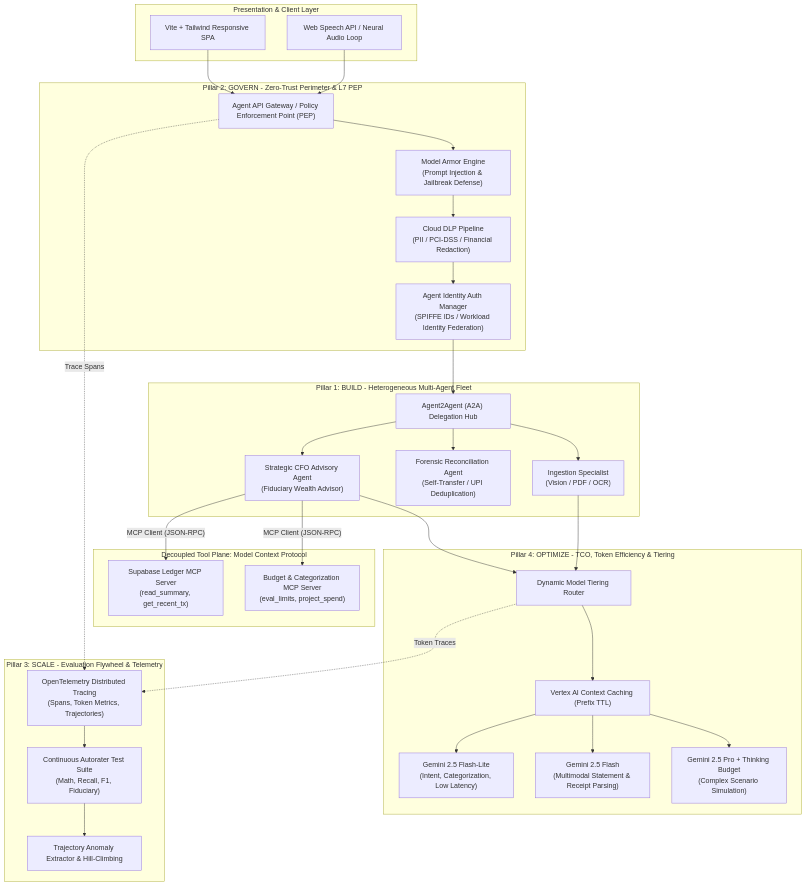
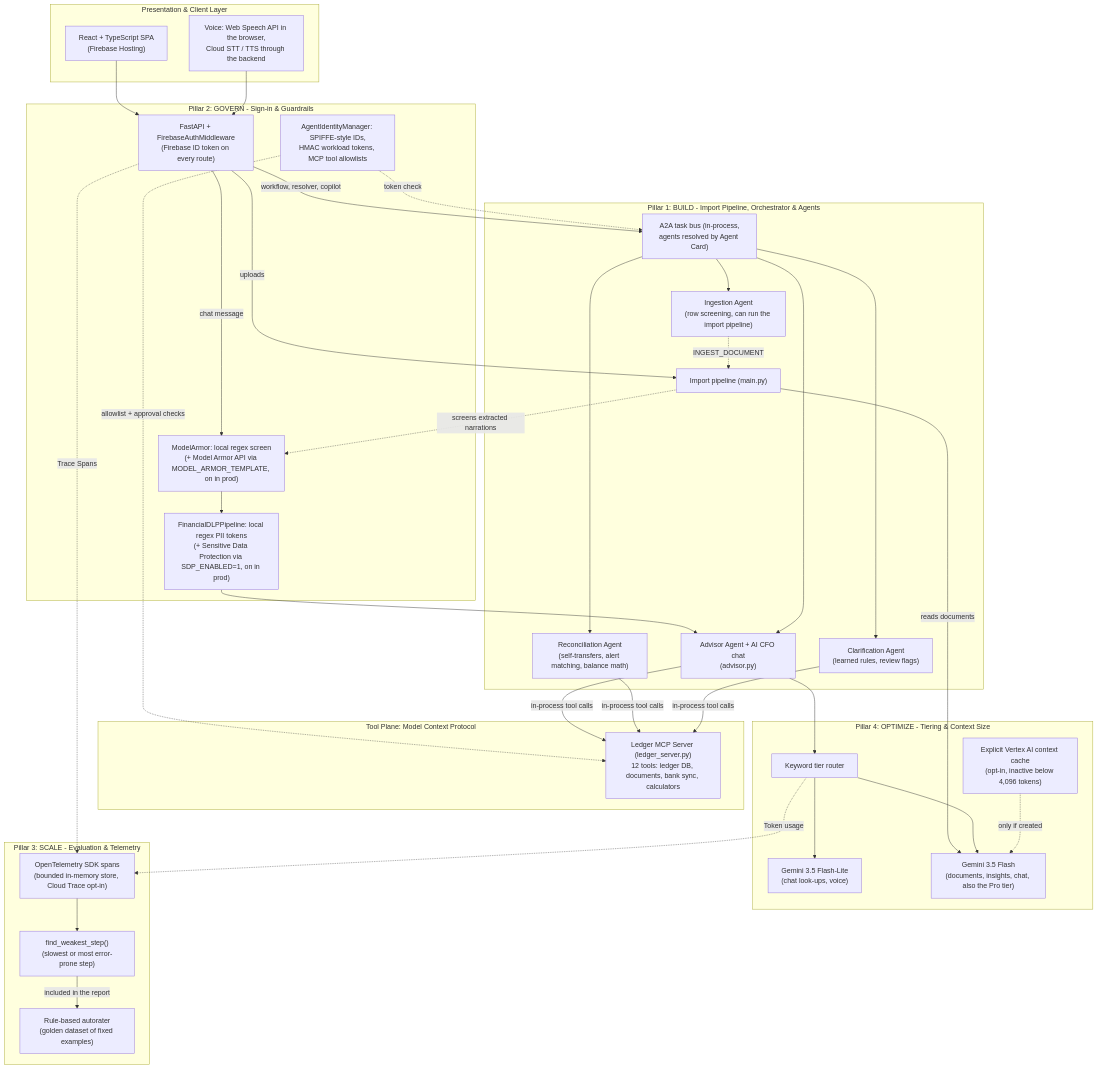
Before and after one commit to Rohit792A/personal-finance-agent: the diagram in docs/FDE_ENTERPRISE_ARCHITECTURE.md, drawn with Mermaid. The commit also changed other lines of this file and 15 other files, not shown here.

Commit message:
docs: align public architecture docs, README and docstrings with verified code and DEC-065

````diff
--- a/docs/FDE_ENTERPRISE_ARCHITECTURE.md
+++ b/docs/FDE_ENTERPRISE_ARCHITECTURE.md
@@ -38,66 +47,72 @@
 ```mermaid
 flowchart TB
     subgraph Client_Layer [Presentation & Client Layer]
-        SPA["Vite + Tailwind Responsive SPA"]
-        Audio["Web Speech API / Neural Audio Loop"]
+        SPA["React + TypeScript SPA<br/>(Firebase Hosting)"]
+        Audio["Voice: Web Speech API in the browser,<br/>Cloud STT / TTS through the backend"]
     end
 
-    subgraph Govern_Pillar [Pillar 2: GOVERN - Zero-Trust Perimeter & L7 PEP]
-        Gateway["Agent API Gateway / Policy Enforcement Point (PEP)"]
-        ModelArmor["Model Armor Engine<br/>(Prompt Injection & Jailbreak Defense)"]
-        DLP["Cloud DLP Pipeline<br/>(PII / PCI-DSS / Financial Redaction)"]
-        AuthMgr["Agent Identity Auth Manager<br/>(SPIFFE IDs / Workload Identity Federation)"]
+    subgraph Govern_Pillar [Pillar 2: GOVERN - Sign-in & Guardrails]
+        Gateway["FastAPI + FirebaseAuthMiddleware<br/>(Firebase ID token on every route)"]
+        ModelArmor["ModelArmor: local regex screen<br/>(+ Model Armor API via MODEL_ARMOR_TEMPLATE, on in prod)"]
+        DLP["FinancialDLPPipeline: local regex PII tokens<br/>(+ Sensitive Data Protection via SDP_ENABLED=1, on in prod)"]
+        AuthMgr["AgentIdentityManager: SPIFFE-style IDs,<br/>HMAC workload tokens, MCP tool allowlists"]
     end
 
-    subgraph Build_Pillar [Pillar 1: BUILD - Heterogeneous Multi-Agent Fleet]
-        A2A["Agent2Agent (A2A) Delegation Hub"]
-        IngestAgent["Ingestion Specialist<br/>(Vision / PDF / OCR)"]
-        ReconcileAgent["Forensic Reconciliation Agent<br/>(Self-Transfer / UPI Deduplication)"]
-        CFOAdvisor["Strategic CFO Advisory Agent<br/>(Fiduciary Wealth Advisor)"]
+    subgraph Build_Pillar [Pillar 1: BUILD - Import Pipeline, Orchestrator & Agents]
+        Import["Import pipeline (main.py)"]
+        A2A["A2A task bus (in-process,<br/>agents resolved by Agent Card)"]
+        IngestAgent["Ingestion Agent<br/>(row screening, can run the import pipeline)"]
+        ReconcileAgent["Reconciliation Agent<br/>(self-transfers, alert matching, balance math)"]
+        ClarifyAgent["Clarification Agent<br/>(learned rules, review flags)"]
+        CFOAdvisor["Advisor Agent + AI CFO chat<br/>(advisor.py)"]
     end
 
-    subgraph MCP_Plane [Decoupled Tool Plane: Model Context Protocol]
-        MCPLedger["Supabase Ledger MCP Server<br/>(read_summary, get_recent_tx)"]
-        MCPBudget["Budget & Categorization MCP Server<br/>(eval_limits, project_spend)"]
+    subgraph MCP_Plane [Tool Plane: Model Context Protocol]
+        MCPLedger["Ledger MCP Server (ledger_server.py)<br/>12 tools: ledger DB, documents, bank sync, calculators"]
     end
 
-    subgraph Optimize_Pillar [Pillar 4: OPTIMIZE - TCO, Token Efficiency & Tiering]
-        Router["Dynamic Model Tiering Router"]
-        PrefixCache["Vertex AI Context Caching (Prefix TTL)"]
-        FlashLite["Gemini 2.5 Flash-Lite<br/>(Intent, Categorization, Low Latency)"]
-        Flash["Gemini 2.5 Flash<br/>(Multimodal Statement & Receipt Parsing)"]
-        Pro["Gemini 2.5 Pro + Thinking Budget<br/>(Complex Scenario Simulation)"]
+    subgraph Optimize_Pillar [Pillar 4: OPTIMIZE - Tiering & Context Size]
+        Router["Keyword tier router"]
+        PrefixCache["Explicit Vertex AI context cache<br/>(opt-in, inactive below 4,096 tokens)"]
+        FlashLite["Gemini 3.5 Flash-Lite<br/>(chat look-ups, voice)"]
+        Flash["Gemini 3.5 Flash<br/>(documents, insights, chat, also the Pro tier)"]
     end
 
-    subgraph Scale_Pillar [Pillar 3: SCALE - Evaluation Flywheel & Telemetry]
-        OTel["OpenTelemetry Distributed Tracing<br/>(Spans, Token Metrics, Trajectories)"]
-        AutoRaters["Continuous Autorater Test Suite<br/>(Math, Recall, F1, Fiduciary)"]
-        HillClimbing["Trajectory Anomaly Extractor & Hill-Climbing"]
+    subgraph Scale_Pillar [Pillar 3: SCALE - Evaluation & Telemetry]
+        OTel["OpenTelemetry SDK spans<br/>(bounded in-memory store, Cloud Trace opt-in)"]
+        AutoRaters["Rule-based autorater<br/>(golden dataset of fixed examples)"]
+        HillClimbing["find_weakest_step()<br/>(slowest or most error-prone step)"]
     end
 
     SPA --> Gateway
     Audio --> Gateway
-    Gateway --> ModelArmor
+    Gateway -- "chat message" --> ModelArmor
     ModelArmor --> DLP
-    DLP --> AuthMgr
-    AuthMgr --> A2A
+    DLP --> CFOAdvisor
+    Gateway -- "uploads" --> Import
+    Import -- "reads documents" --> Flash
+    Import -. "screens extracted narrations" .-> ModelArmor
+    Gateway -- "workflow, resolver, copilot" --> A2A
+    AuthMgr -. "token check" .-> A2A
+    AuthMgr -. "allowlist + approval checks" .-> MCPLedger
 
     A2A --> IngestAgent
     A2A --> ReconcileAgent
+    A2A --> ClarifyAgent
     A2A --> CFOAdvisor
+    IngestAgent -. "INGEST_DOCUMENT" .-> Import
 
-    CFOAdvisor -- "MCP Client (JSON-RPC)" --> MCPLedger
-    CFOAdvisor -- "MCP Client (JSON-RPC)" --> MCPBudget
+    CFOAdvisor -- "in-process tool calls" --> MCPLedger
+    ReconcileAgent -- "in-process tool calls" --> MCPLedger
+    ClarifyAgent -- "in-process tool calls" --> MCPLedger
 
     CFOAdvisor --> Router
-    IngestAgent --> Router
-    Router --> PrefixCache
-    PrefixCache --> FlashLite
-    PrefixCache --> Flash
-    PrefixCache --> Pro
+    Router --> FlashLite
+    Router --> Flash
+    PrefixCache -. "only if created" .-> Flash
 
     Gateway -. "Trace Spans" .-> OTel
-    Router -. "Token Traces" .-> OTel
-    OTel --> AutoRaters
-    AutoRaters --> HillClimbing
+    Router -. "Token usage" .-> OTel
+    OTel --> HillClimbing
+    HillClimbing -- "included in the report" --> AutoRaters
 ```
````
